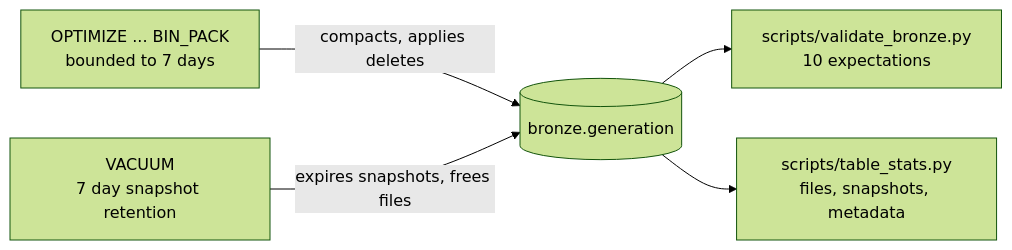
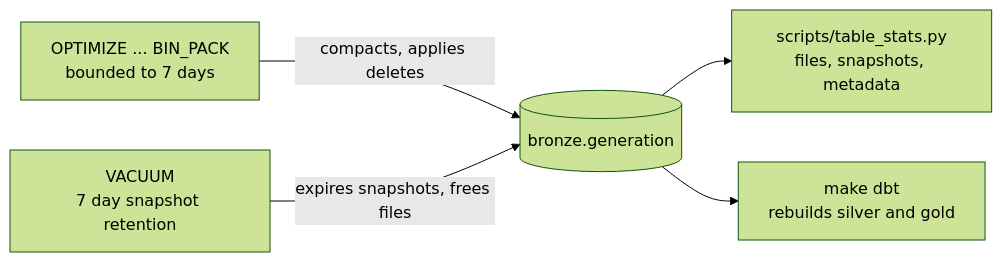
One commit to Prasanna38430/gridlens changed the third of 3 diagrams in docs/architecture.md. Above: the diagram before and after it, drawn with Mermaid (forest theme). The commit also changed other lines of this file and 4 other files, not shown here.

````diff
--- a/docs/architecture.md
+++ b/docs/architecture.md
@@ -79,13 +124,13 @@
 ```mermaid
 flowchart LR
     optimize["OPTIMIZE ... BIN_PACK<br/>bounded to 7 days"]
     vacuum["VACUUM<br/>7 day snapshot retention"]
-    quality["scripts/validate_bronze.py<br/>10 expectations"]
     stats["scripts/table_stats.py<br/>files, snapshots, metadata"]
+    build["make dbt<br/>rebuilds silver and gold"]
     bronze[("bronze.generation")]
 
     optimize -->|"compacts, applies deletes"| bronze
     vacuum -->|"expires snapshots, frees files"| bronze
-    bronze --> quality
     bronze --> stats
+    bronze --> build
 ```
````
